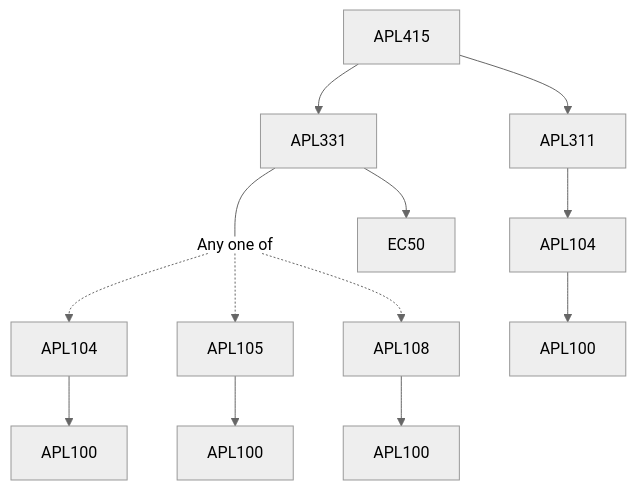
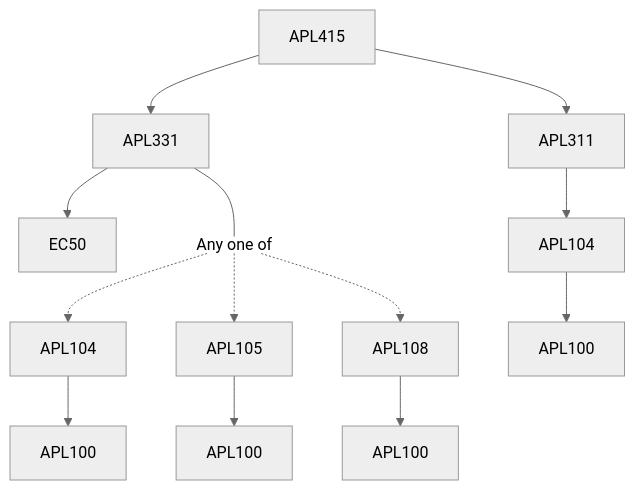
Before and after one commit to KeshavBansal0122/CoS_Website: the diagram in content/Applied Mechanics/APL415.md, drawn with Mermaid (neutral theme). The commit also changed other lines of this file and 2662 other files, not shown here.

````diff
--- a/content/Applied Mechanics/APL415.md
+++ b/content/Applied Mechanics/APL415.md
@@ -15,19 +15,19 @@
 ```mermaid
 flowchart TD
 APL415-33[APL415]
+APL415-33 --> APL331-33[APL331]
+APL331-33 --> EC50-33[EC50]
+APL104-33 --> APL100-33[APL100]
+APL415-33 --> APL311-33[APL311]
 APL331-33 --- Or34[Any one of]:::empty
+Or34 -.-> APL104-35[APL104]
 APL104-35 --> APL100-35[APL100]
-Or34 -.-> APL104-35[APL104]
 Or34 -.-> APL105-36[APL105]
 APL105-36 --> APL100-36[APL100]
 APL108-37 --> APL100-37[APL100]
 Or34 -.-> APL108-37[APL108]
-APL104-33 --> APL100-33[APL100]
 APL311-33 --> APL104-33[APL104]
-APL331-33 --> EC50-33[EC50]
-APL415-33 --> APL331-33[APL331]
-APL415-33 --> APL311-33[APL311]
 
 classDef empty height:17px, fill:transparent, stroke:transparent;
 classDef trueEmpty height:0px, width:0px;
 ```
````
